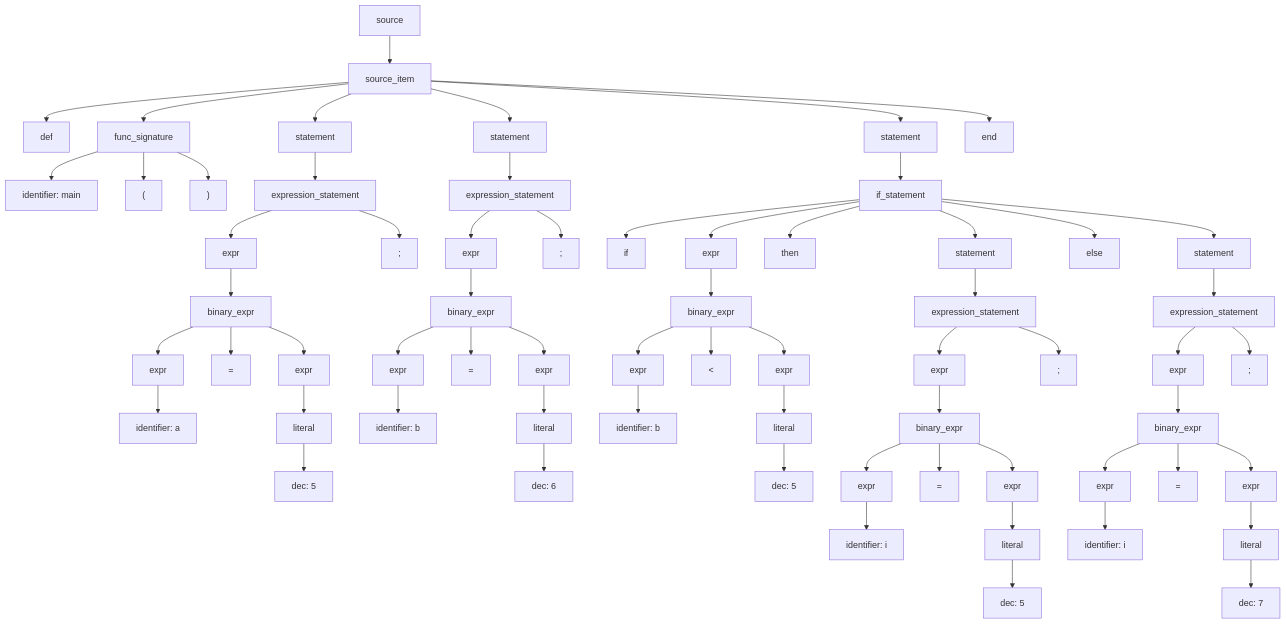
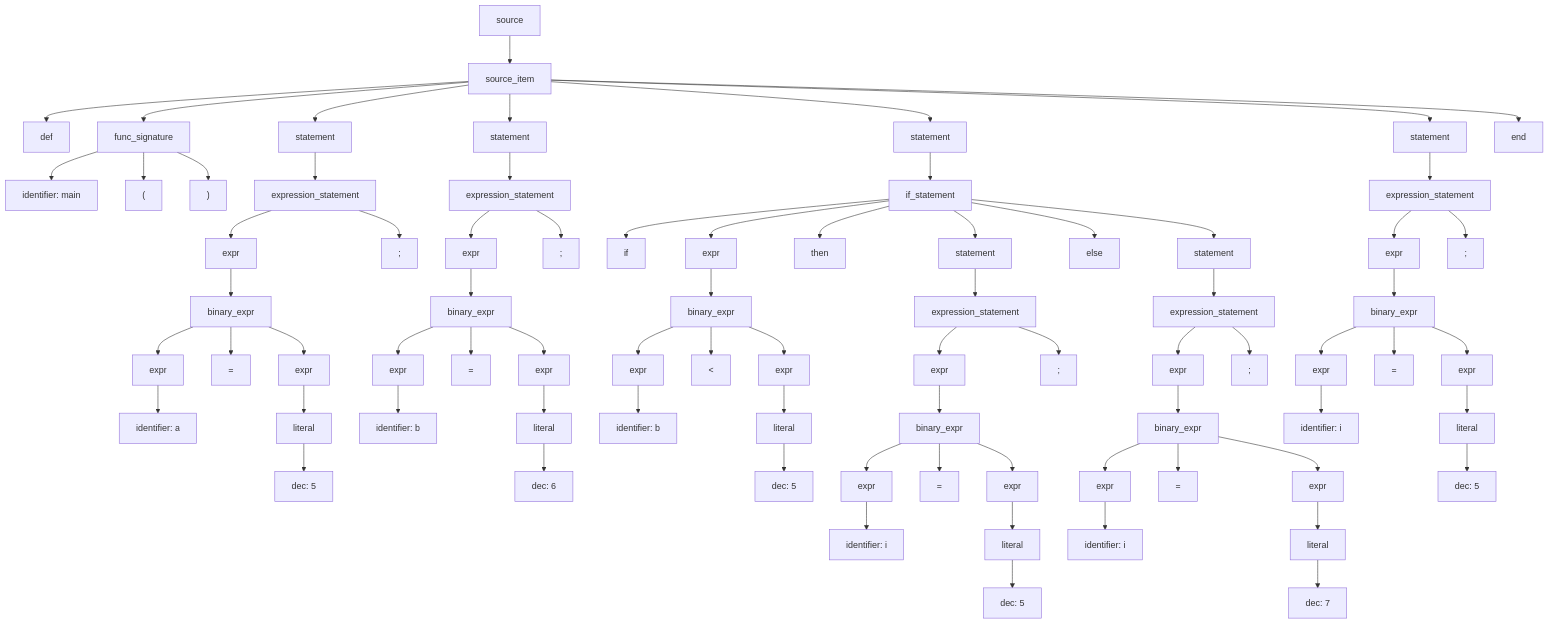
Before and after one commit to ErnandesDaniel/system-software-lab-2: the diagram in ast.mmd, drawn with Mermaid. The commit also changed 3 other files, not shown here.

```diff
--- a/ast.mmd
+++ b/ast.mmd
@@ -1,130 +1,152 @@
 graph TD;
 N0["source"]
 N1["source_item"]
 N0 --> N1
 N2["def"]
 N1 --> N2
 N3["func_signature"]
 N1 --> N3
 N4["identifier: main"]
 N3 --> N4
 N5["("]
 N3 --> N5
 N6[")"]
 N3 --> N6
 N7["statement"]
 N1 --> N7
 N8["expression_statement"]
 N7 --> N8
 N9["expr"]
 N8 --> N9
 N10["binary_expr"]
 N9 --> N10
 N11["expr"]
 N10 --> N11
 N12["identifier: a"]
 N11 --> N12
 N13["="]
 N10 --> N13
 N14["expr"]
 N10 --> N14
 N15["literal"]
 N14 --> N15
 N16["dec: 5"]
 N15 --> N16
 N17[";"]
 N8 --> N17
 N18["statement"]
 N1 --> N18
 N19["expression_statement"]
 N18 --> N19
 N20["expr"]
 N19 --> N20
 N21["binary_expr"]
 N20 --> N21
 N22["expr"]
 N21 --> N22
 N23["identifier: b"]
 N22 --> N23
 N24["="]
 N21 --> N24
 N25["expr"]
 N21 --> N25
 N26["literal"]
 N25 --> N26
 N27["dec: 6"]
 N26 --> N27
 N28[";"]
 N19 --> N28
 N29["statement"]
 N1 --> N29
 N30["if_statement"]
 N29 --> N30
 N31["if"]
 N30 --> N31
 N32["expr"]
 N30 --> N32
 N33["binary_expr"]
 N32 --> N33
 N34["expr"]
 N33 --> N34
 N35["identifier: b"]
 N34 --> N35
 N36["<"]
 N33 --> N36
 N37["expr"]
 N33 --> N37
 N38["literal"]
 N37 --> N38
 N39["dec: 5"]
 N38 --> N39
 N40["then"]
 N30 --> N40
 N41["statement"]
 N30 --> N41
 N42["expression_statement"]
 N41 --> N42
 N43["expr"]
 N42 --> N43
 N44["binary_expr"]
 N43 --> N44
 N45["expr"]
 N44 --> N45
 N46["identifier: i"]
 N45 --> N46
 N47["="]
 N44 --> N47
 N48["expr"]
 N44 --> N48
 N49["literal"]
 N48 --> N49
 N50["dec: 5"]
 N49 --> N50
 N51[";"]
 N42 --> N51
 N52["else"]
 N30 --> N52
 N53["statement"]
 N30 --> N53
 N54["expression_statement"]
 N53 --> N54
 N55["expr"]
 N54 --> N55
 N56["binary_expr"]
 N55 --> N56
 N57["expr"]
 N56 --> N57
 N58["identifier: i"]
 N57 --> N58
 N59["="]
 N56 --> N59
 N60["expr"]
 N56 --> N60
 N61["literal"]
 N60 --> N61
 N62["dec: 7"]
 N61 --> N62
 N63[";"]
 N54 --> N63
-N64["end"]
+N64["statement"]
 N1 --> N64
+N65["expression_statement"]
+N64 --> N65
+N66["expr"]
+N65 --> N66
+N67["binary_expr"]
+N66 --> N67
+N68["expr"]
+N67 --> N68
+N69["identifier: i"]
+N68 --> N69
+N70["="]
+N67 --> N70
+N71["expr"]
+N67 --> N71
+N72["literal"]
+N71 --> N72
+N73["dec: 5"]
+N72 --> N73
+N74[";"]
+N65 --> N74
+N75["end"]
+N1 --> N75
```
